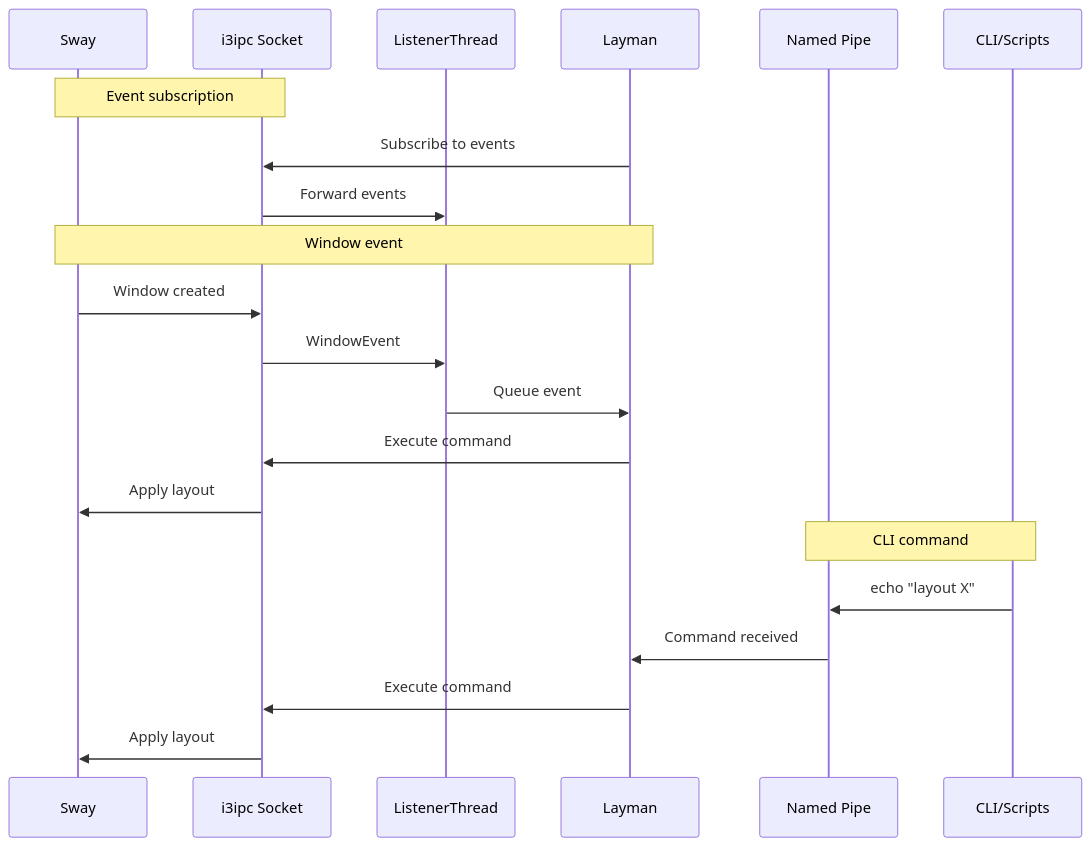
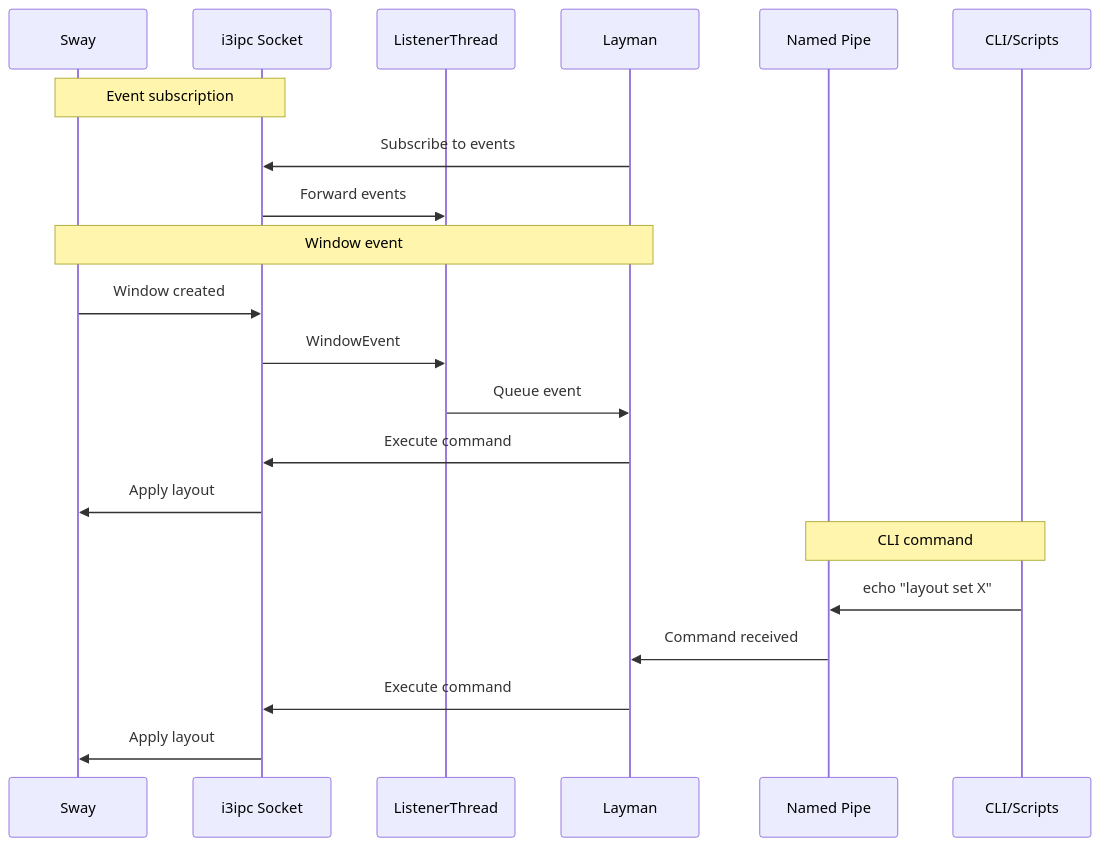
The diagram in docs/architecture/ipc.md (mschulkind/layman), drawn with Mermaid before and after one commit. The commit also changed other lines of this file and 11 other files, not shown here.

````diff
--- a/docs/architecture/ipc.md
+++ b/docs/architecture/ipc.md
@@ -99,26 +99,26 @@
 ```mermaid
 sequenceDiagram
     participant SW as Sway
     participant IPC as i3ipc Socket
     participant LT as ListenerThread
     participant L as Layman
     participant P as Named Pipe
     participant CLI as CLI/Scripts
 
     Note over SW,IPC: Event subscription
     L->>IPC: Subscribe to events
     IPC->>LT: Forward events
 
     Note over SW,L: Window event
     SW->>IPC: Window created
     IPC->>LT: WindowEvent
     LT->>L: Queue event
     L->>IPC: Execute command
     IPC->>SW: Apply layout
 
     Note over P,CLI: CLI command
-    CLI->>P: echo "layout X"
+    CLI->>P: echo "layout set X"
     P->>L: Command received
     L->>IPC: Execute command
     IPC->>SW: Apply layout
 ```
````
